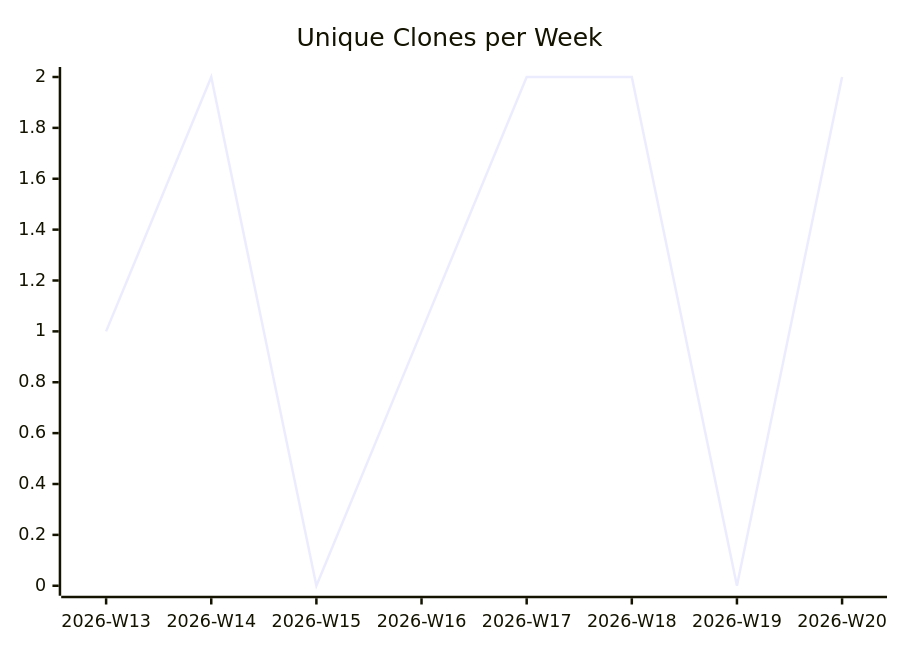
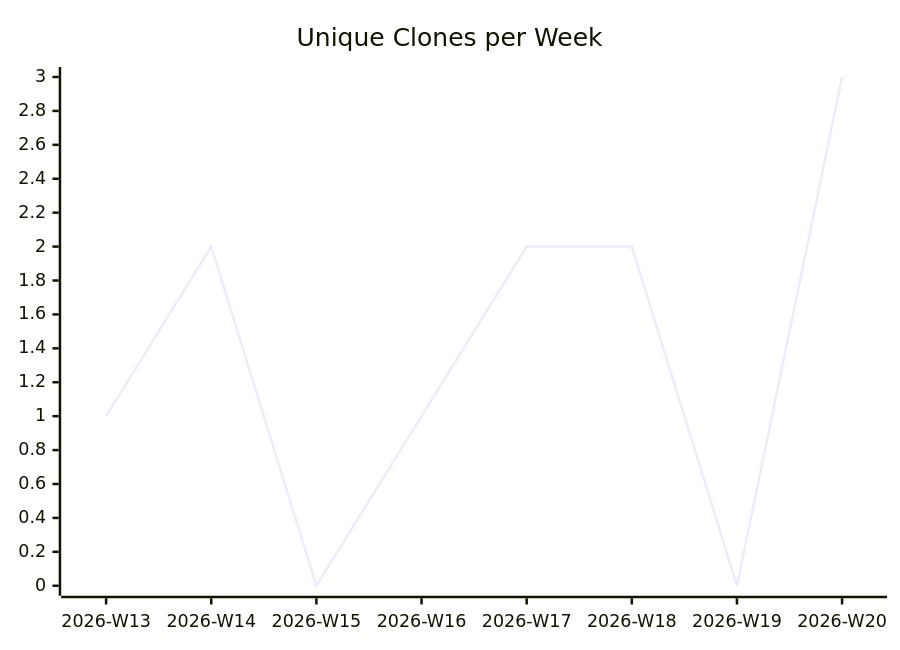
Before and after one commit to justdavis-family/github-analytics-data: the third of 3 diagrams in karlmdavis/hapi-fhir-jpaserver-starter/README.md, drawn with Mermaid. The commit also changed other lines of this file and 176 other files, not shown here.

````diff
--- a/karlmdavis/hapi-fhir-jpaserver-starter/README.md
+++ b/karlmdavis/hapi-fhir-jpaserver-starter/README.md
@@ -19,6 +19,6 @@
 ```mermaid
 xychart-beta
   title "Unique Clones per Week"
   x-axis ["2026-W13", "2026-W14", "2026-W15", "2026-W16", "2026-W17", "2026-W18", "2026-W19", "2026-W20"]
-  line [1, 2, 0, 1, 2, 2, 0, 2]
+  line [1, 2, 0, 1, 2, 2, 0, 3]
 ```
````
